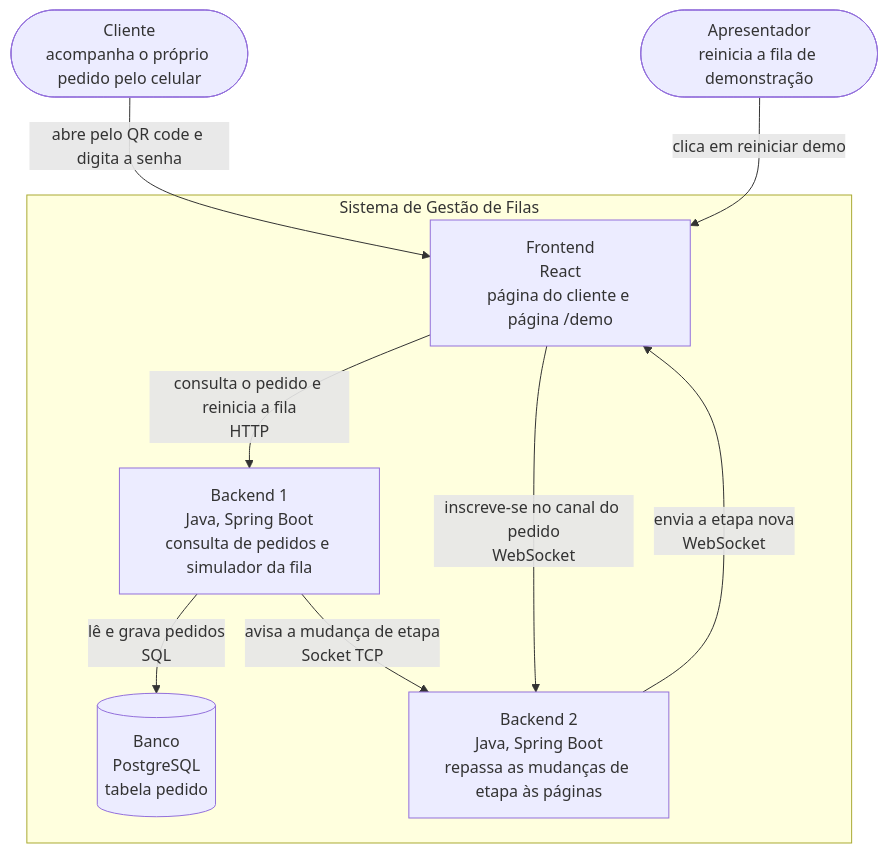
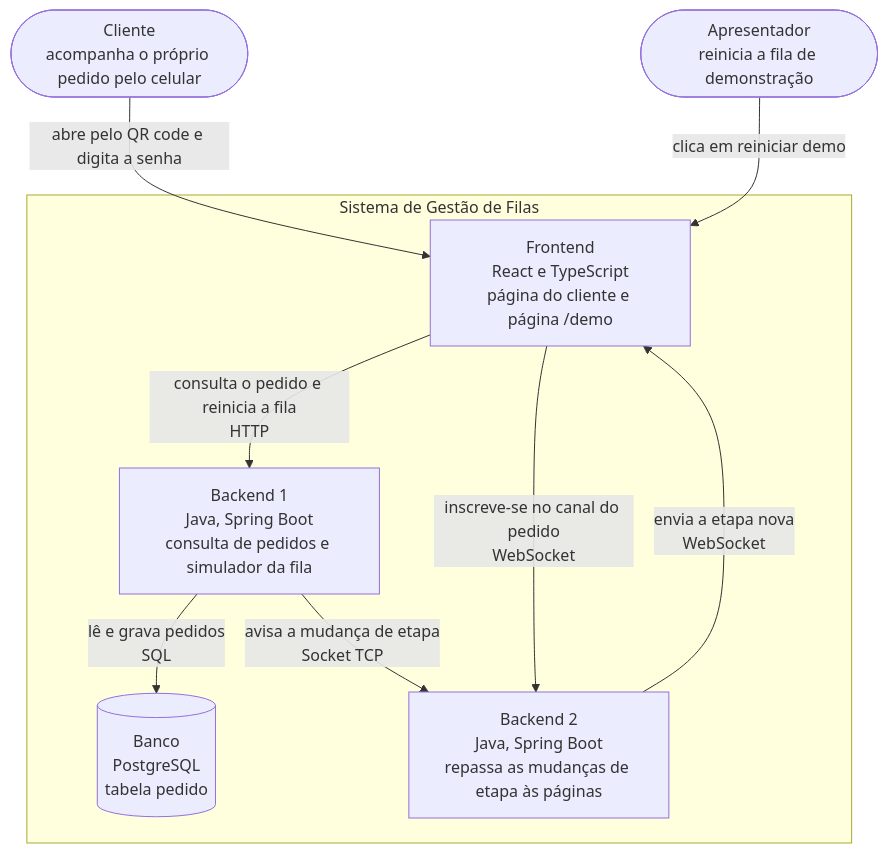
One commit to pedromeira220/pi4-0102-g6-frontend changed the diagram in docs/fluxos/visao-geral.md. Above: the diagram before and after it, drawn with Mermaid. The commit also changed other lines of this file and 28 other files, not shown here.

````diff
--- a/docs/fluxos/visao-geral.md
+++ b/docs/fluxos/visao-geral.md
@@ -20,20 +20,20 @@
 ```mermaid
 flowchart TD
     cliente(["Cliente<br/>acompanha o próprio pedido pelo celular"])
     apresentador(["Apresentador<br/>reinicia a fila de demonstração"])
 
     subgraph sistema["Sistema de Gestão de Filas"]
-        front["Frontend<br/>React<br/>página do cliente e página /demo"]
+        front["Frontend<br/>React e TypeScript<br/>página do cliente e página /demo"]
         b1["Backend 1<br/>Java, Spring Boot<br/>consulta de pedidos e simulador da fila"]
         b2["Backend 2<br/>Java, Spring Boot<br/>repassa as mudanças de etapa às páginas"]
         banco[("Banco<br/>PostgreSQL<br/>tabela pedido")]
     end
 
     cliente -->|"abre pelo QR code e digita a senha"| front
     apresentador -->|"clica em reiniciar demo"| front
     front -->|"consulta o pedido e reinicia a fila<br/>HTTP"| b1
     front -->|"inscreve-se no canal do pedido<br/>WebSocket"| b2
     b2 -->|"envia a etapa nova<br/>WebSocket"| front
     b1 -->|"lê e grava pedidos<br/>SQL"| banco
     b1 -->|"avisa a mudança de etapa<br/>Socket TCP"| b2
 ```
````
